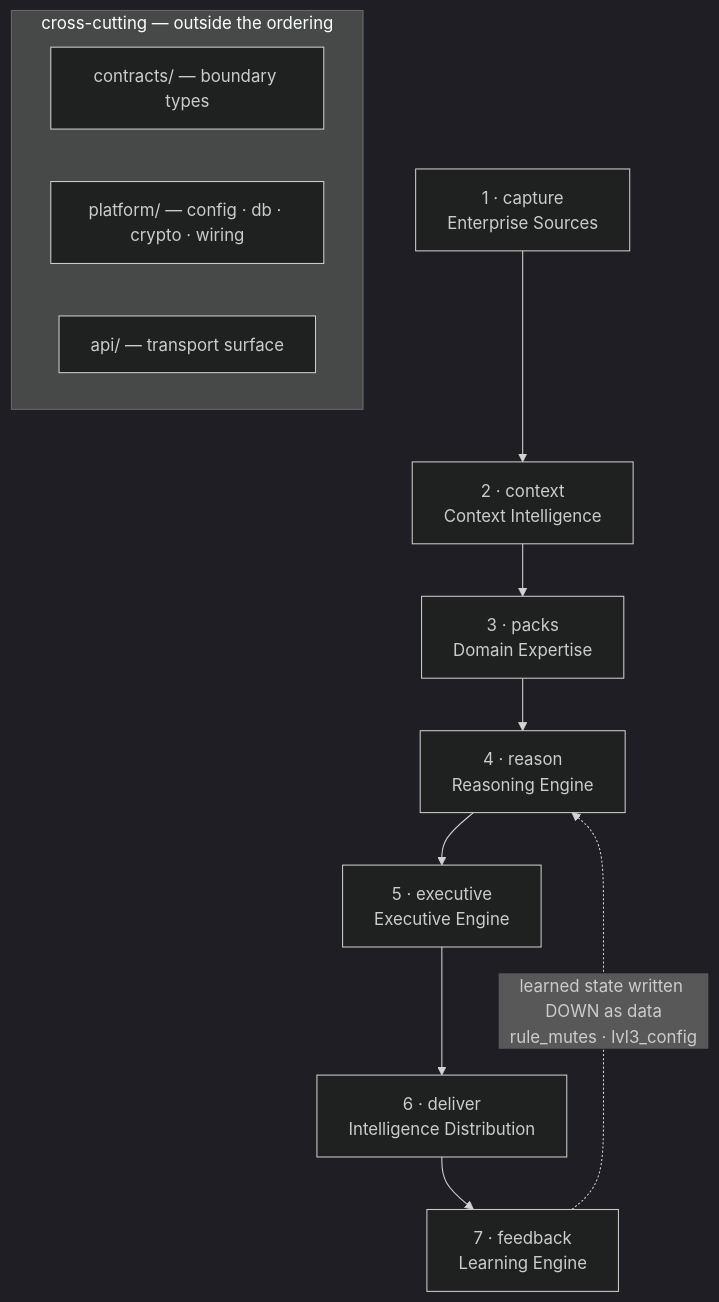
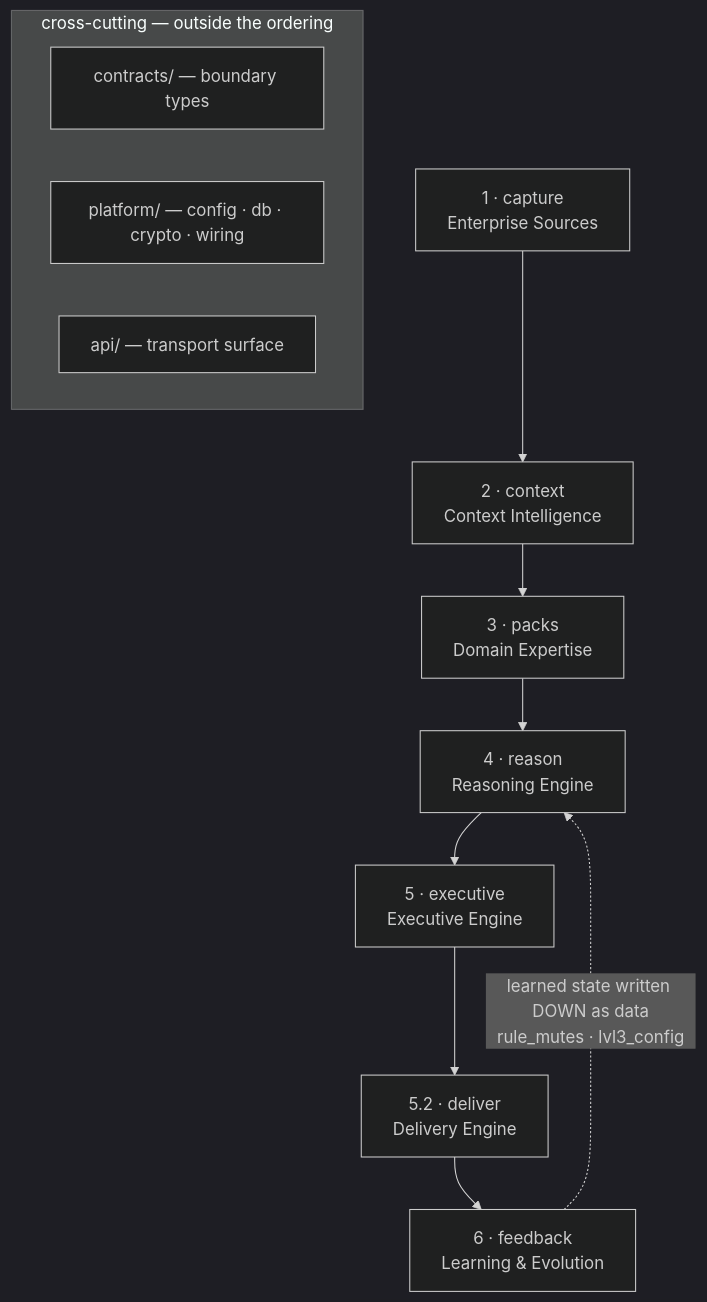
Before and after one commit to themoronss/genios-brain: the first of 2 diagrams in System Design/README.md, drawn with Mermaid (dark theme). The commit also changed other lines of this file and 316 other files, not shown here.

````diff
--- a/System Design/README.md
+++ b/System Design/README.md
@@ -41,19 +42,19 @@
 ```mermaid
 flowchart TB
     L1["1 · capture<br/>Enterprise Sources"]
     L2["2 · context<br/>Context Intelligence"]
     L3["3 · packs<br/>Domain Expertise"]
     L4["4 · reason<br/>Reasoning Engine"]
     L5["5 · executive<br/>Executive Engine"]
-    L6["6 · deliver<br/>Intelligence Distribution"]
-    L7["7 · feedback<br/>Learning Engine"]
+    L52["5.2 · deliver<br/>Delivery Engine"]
+    L6["6 · feedback<br/>Learning & Evolution"]
 
-    L1 --> L2 --> L3 --> L4 --> L5 --> L6 --> L7
-    L7 -. "learned state written DOWN as data<br/>rule_mutes · lvl3_config" .-> L4
+    L1 --> L2 --> L3 --> L4 --> L5 --> L52 --> L6
+    L6 -. "learned state written DOWN as data<br/>rule_mutes · lvl3_config" .-> L4
 
     subgraph X ["cross-cutting — outside the ordering"]
         C["contracts/ — boundary types"]
         P["platform/ — config · db · crypto · wiring"]
         A["api/ — transport surface"]
     end
 ```
````
